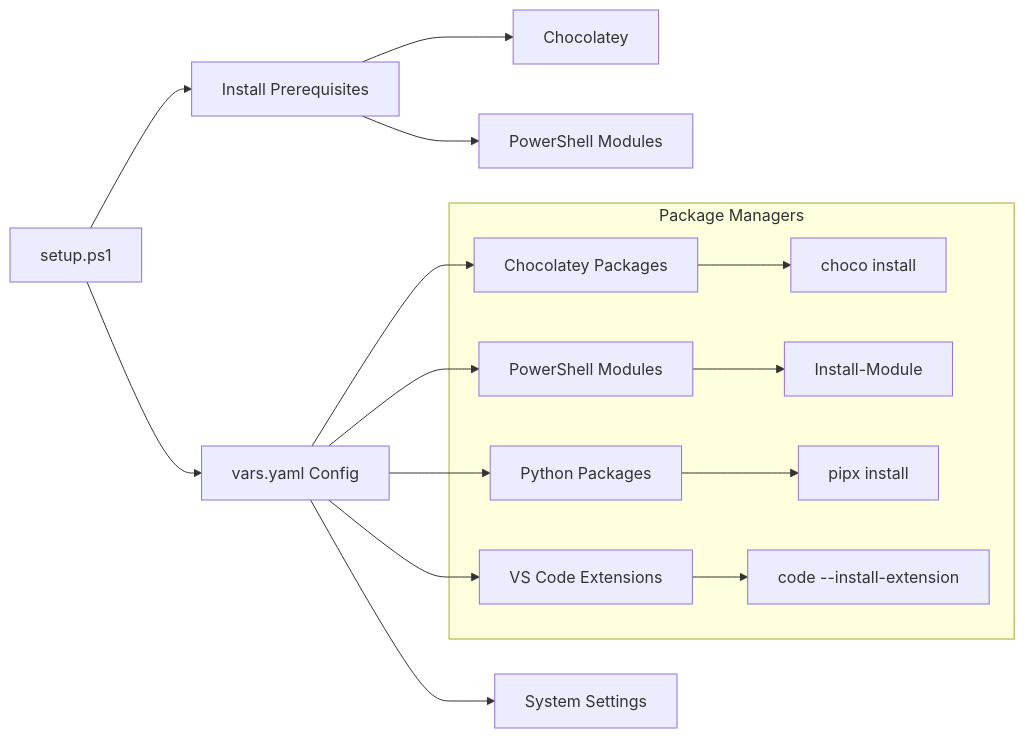
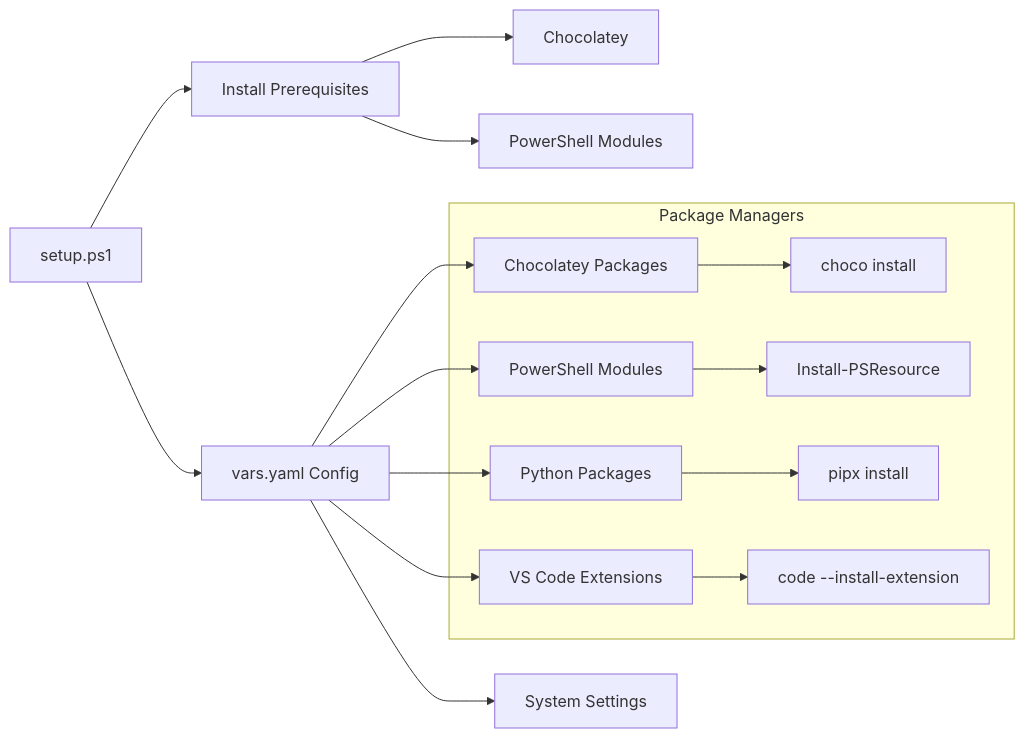
Before and after one commit to ryanspletzer/dev-machine-setup: the third of 9 diagrams in docs/architecture.md, drawn with Mermaid. The commit also changed other lines of this file and 6 other files, not shown here.

````diff
--- a/docs/architecture.md
+++ b/docs/architecture.md
@@ -96,20 +98,20 @@
 ```mermaid
 graph LR
     A[setup.ps1] --> B[Install Prerequisites]
     B --> C[Chocolatey]
     B --> D[PowerShell Modules]
 
     A --> E[vars.yaml Config]
     E --> F[Chocolatey Packages]
     E --> G[PowerShell Modules]
     E --> H[Python Packages]
     E --> I[VS Code Extensions]
     E --> J[System Settings]
 
     subgraph "Package Managers"
         F --> K[choco install]
-        G --> L[Install-Module]
+        G --> L[Install-PSResource]
         H --> M[pipx install]
         I --> N[code --install-extension]
     end
 ```
````
